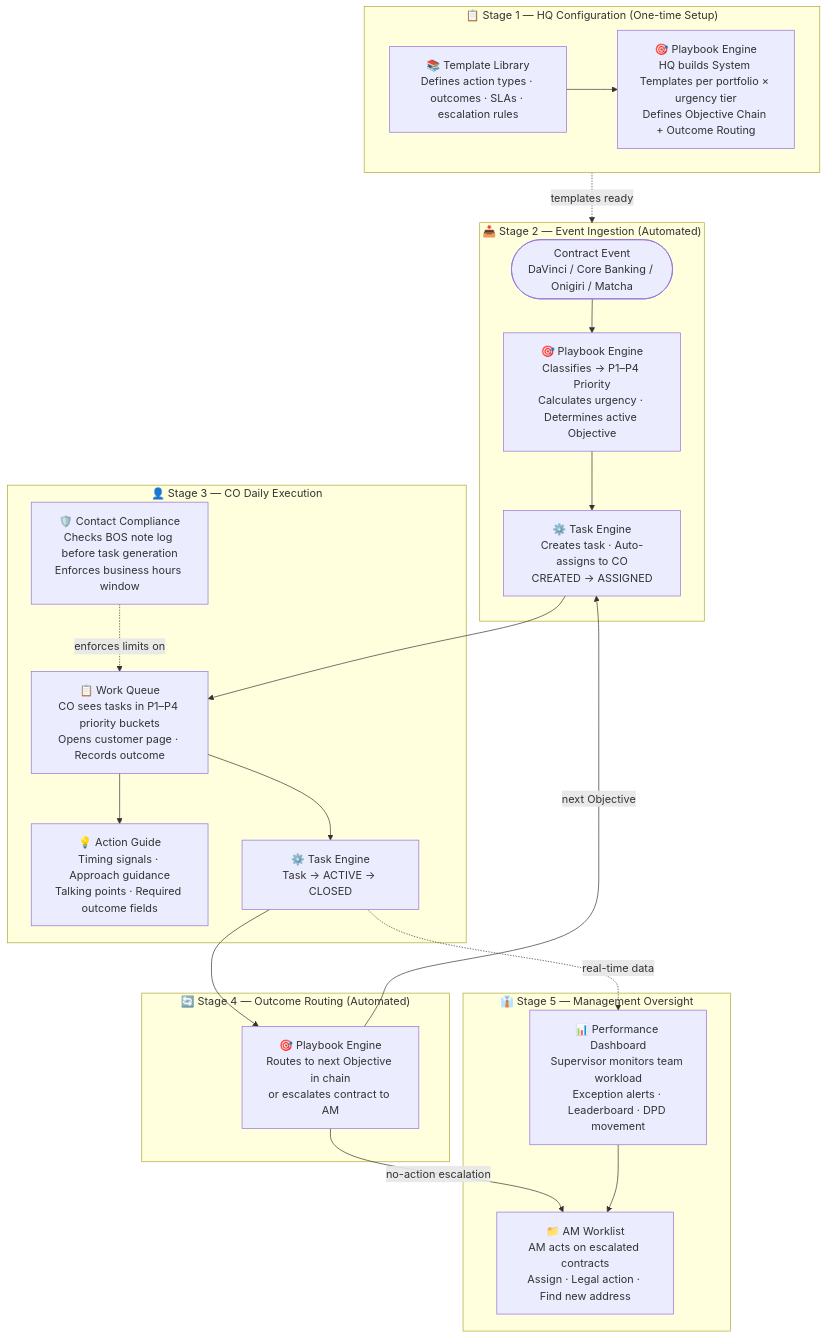
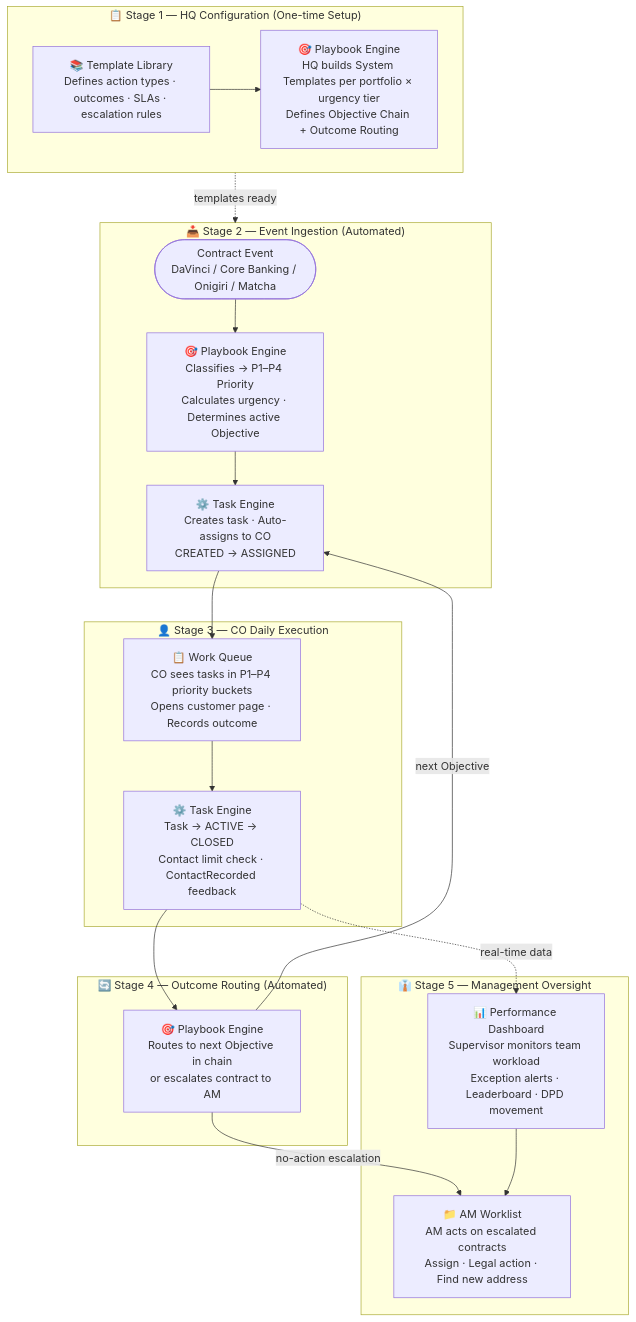
Before and after one commit to ploypapasaph-commits/to_do_list: the first of 3 diagrams in product/operations/sensei/PRODUCT.md, drawn with Mermaid. The commit also changed other lines of this file and 5 other files, not shown here.

First line of the commit message:
refactor(sensei): dissolve Contact Compliance and Action Guide capabilities

````diff
--- a/product/operations/sensei/PRODUCT.md
+++ b/product/operations/sensei/PRODUCT.md
@@ -80,43 +77,39 @@
 ```mermaid
 flowchart TD
     subgraph STAGE1["📋 Stage 1 — HQ Configuration (One-time Setup)"]
         TL["📚 Template Library\nDefines action types · outcomes · SLAs · escalation rules"]
         PE_CONFIG["🎯 Playbook Engine\nHQ builds System Templates per portfolio × urgency tier\nDefines Objective Chain + Outcome Routing"]
         TL --> PE_CONFIG
     end
 
     subgraph STAGE2["📥 Stage 2 — Event Ingestion (Automated)"]
         EVENT(["Contract Event\nDaVinci / Core Banking / Onigiri / Matcha"])
         PE_CLASSIFY["🎯 Playbook Engine\nClassifies → P1–P4 Priority\nCalculates urgency · Determines active Objective"]
         TE_CREATE["⚙️ Task Engine\nCreates task · Auto-assigns to CO\nCREATED → ASSIGNED"]
         EVENT --> PE_CLASSIFY
         PE_CLASSIFY --> TE_CREATE
     end
 
     subgraph STAGE3["👤 Stage 3 — CO Daily Execution"]
         WQ["📋 Work Queue\nCO sees tasks in P1–P4 priority buckets\nOpens customer page · Records outcome"]
-        AG["💡 Action Guide\nTiming signals · Approach guidance\nTalking points · Required outcome fields"]
-        CC["🛡️ Contact Compliance\nChecks BOS note log before task generation\nEnforces business hours window"]
-        TE_CLOSE["⚙️ Task Engine\nTask → ACTIVE → CLOSED"]
-        WQ --> AG
-        CC -.->|enforces limits on| WQ
+        TE_CLOSE["⚙️ Task Engine\nTask → ACTIVE → CLOSED\nContact limit check · ContactRecorded feedback"]
         WQ --> TE_CLOSE
     end
 
     subgraph STAGE4["🔄 Stage 4 — Outcome Routing (Automated)"]
         PE_ROUTE["🎯 Playbook Engine\nRoutes to next Objective in chain\nor escalates contract to AM"]
     end
 
     subgraph STAGE5["👔 Stage 5 — Management Oversight"]
         PD["📊 Performance Dashboard\nSupervisor monitors team workload\nException alerts · Leaderboard · DPD movement"]
         AW["📁 AM Worklist\nAM acts on escalated contracts\nAssign · Legal action · Find new address"]
     end
 
     STAGE1 -.->|templates ready| STAGE2
     TE_CREATE --> WQ
     TE_CLOSE --> PE_ROUTE
     PE_ROUTE -->|next Objective| TE_CREATE
     PE_ROUTE -->|no-action escalation| AW
     TE_CLOSE -.->|real-time data| PD
     PD --> AW
 ```
````
